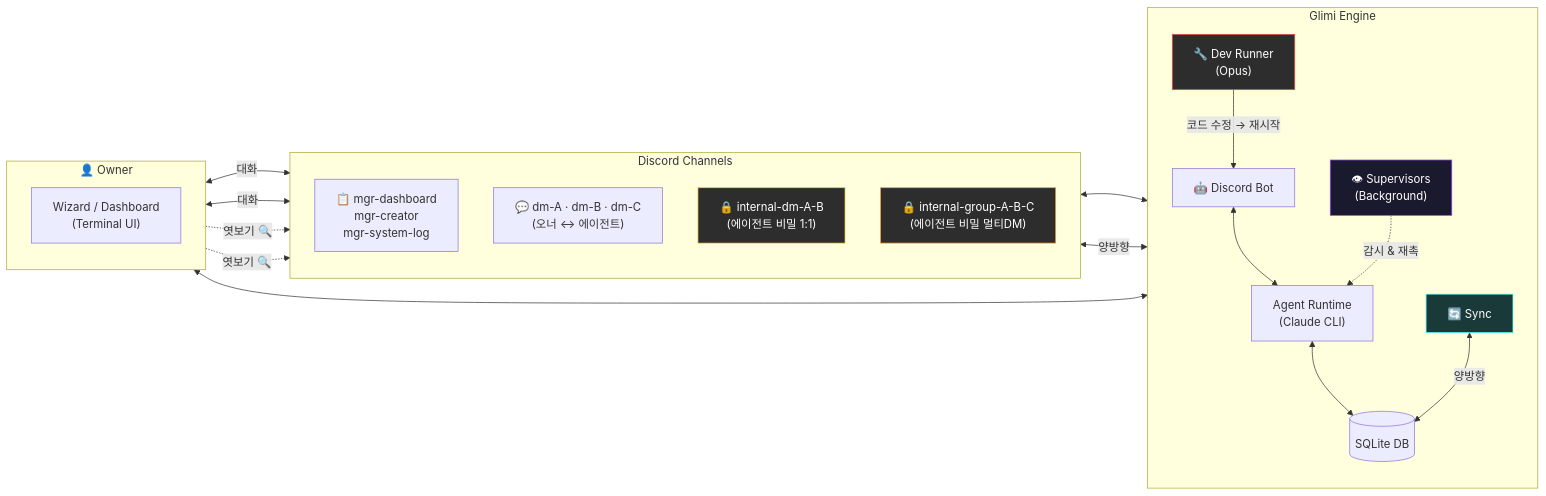
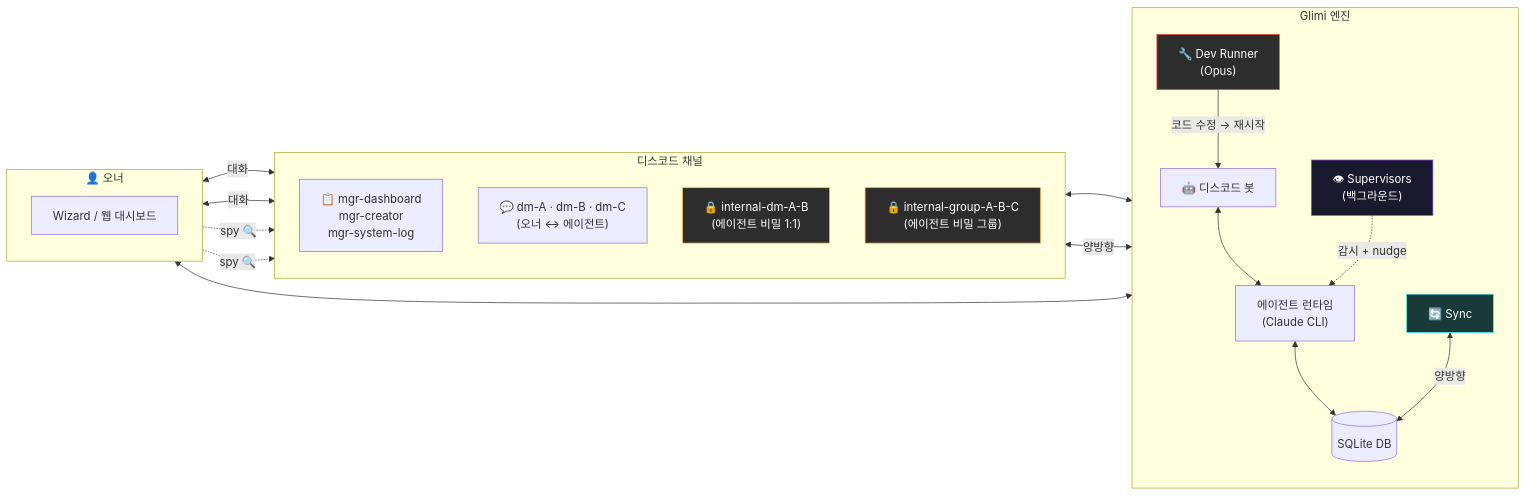
Before and after one commit to je-empty/Glimi: the first of 4 diagrams in README.ko.md, drawn with Mermaid. The commit also changed other lines of this file and 4 other files, not shown here.

First line of the commit message:
docs: rewrite README around web dashboard + sync CLAUDE.md

````diff
--- a/README.ko.md
+++ b/README.ko.md
@@ -53,41 +85,41 @@
 ```mermaid
 flowchart LR
-    subgraph Owner["👤 Owner"]
+    subgraph Owner["👤 오너"]
         direction TB
-        O_TUI["Wizard / Dashboard\n(Terminal UI)"]
+        O_TUI["Wizard / 웹 대시보드"]
     end
 
-    subgraph Engine["Glimi Engine"]
+    subgraph Engine["Glimi 엔진"]
         direction TB
-        Bot["🤖 Discord Bot"]
-        Runtime["Agent Runtime\n(Claude CLI)"]
+        Bot["🤖 디스코드 봇"]
+        Runtime["에이전트 런타임\n(Claude CLI)"]
         DB[("SQLite DB")]
         Sync["🔄 Sync"]
         DevRunner["🔧 Dev Runner\n(Opus)"]
-        Supervisor["👁 Supervisors\n(Background)"]
+        Supervisor["👁 Supervisors\n(백그라운드)"]
     end
 
-    subgraph Discord["Discord Channels"]
+    subgraph Discord["디스코드 채널"]
         direction TB
         Mgr["📋 mgr-dashboard\nmgr-creator\nmgr-system-log"]
         DM["💬 dm-A · dm-B · dm-C\n(오너 ↔ 에이전트)"]
         SecDM["🔒 internal-dm-A-B\n(에이전트 비밀 1:1)"]
-        SecGrp["🔒 internal-group-A-B-C\n(에이전트 비밀 멀티DM)"]
+        SecGrp["🔒 internal-group-A-B-C\n(에이전트 비밀 그룹)"]
     end
 
     Owner <-->|"대화"| Mgr & DM
-    Owner -.->|"엿보기 🔍"| SecDM & SecGrp
+    Owner -.->|"spy 🔍"| SecDM & SecGrp
     O_TUI <--> Bot
     Discord <--> Bot
     Bot <--> Runtime
     Runtime <--> DB
     Sync <-->|"양방향"| DB & Discord
     DevRunner -->|"코드 수정 → 재시작"| Bot
-    Supervisor -.->|"감시 & 재촉"| Runtime
+    Supervisor -.->|"감시 + nudge"| Runtime
 
     style SecDM fill:#2d2d2d,stroke:#f5c542,color:#fff
     style SecGrp fill:#2d2d2d,stroke:#f5a142,color:#fff
     style DevRunner fill:#2d2d2d,stroke:#f55142,color:#fff
     style Sync fill:#1a3a3a,stroke:#4af5f5,color:#fff
     style Supervisor fill:#1a1a2e,stroke:#9a4aff,color:#fff
 ```
````
